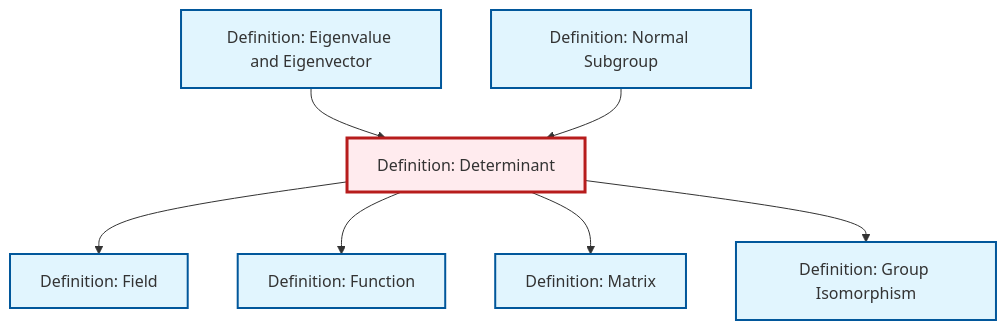
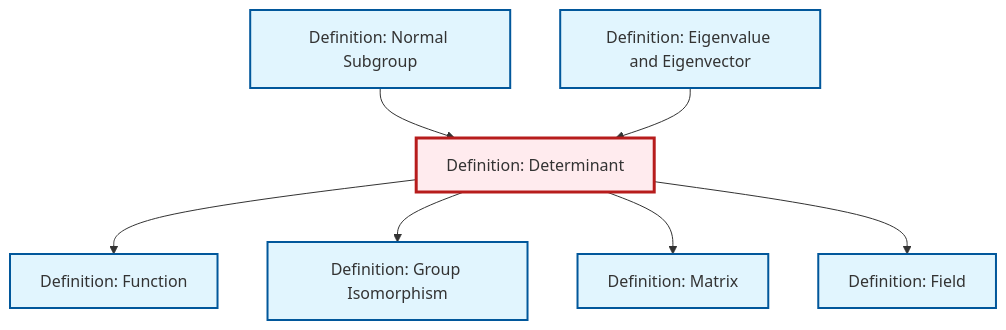
Before and after one commit to RK0429/ModernMath: the diagram in content/ja/algebra/def-determinant.qmd, drawn with Mermaid. The commit also changed other lines of this file and 654 other files, not shown here.

````diff
--- a/content/ja/algebra/def-determinant.qmd
+++ b/content/ja/algebra/def-determinant.qmd
@@ -82,29 +82,29 @@
 ```{mermaid}
 %%| fig-cap: "Local dependency graph"
 graph TD
     classDef definition fill:#e1f5fe,stroke:#01579b,stroke-width:2px
     classDef theorem fill:#f3e5f5,stroke:#4a148c,stroke-width:2px
     classDef axiom fill:#fff3e0,stroke:#e65100,stroke-width:2px
     classDef example fill:#e8f5e9,stroke:#1b5e20,stroke-width:2px
     classDef current fill:#ffebee,stroke:#b71c1c,stroke-width:3px
-    def-eigenvalue-eigenvector["Definition: Eigenvalue and Eigenvector"]:::definition
     def-isomorphism["Definition: Group Isomorphism"]:::definition
-    def-normal-subgroup["Definition: Normal Subgroup"]:::definition
-    def-function["Definition: Function"]:::definition
     def-field["Definition: Field"]:::definition
     def-determinant["Definition: Determinant"]:::definition
     def-matrix["Definition: Matrix"]:::definition
+    def-eigenvalue-eigenvector["Definition: Eigenvalue and Eigenvector"]:::definition
+    def-function["Definition: Function"]:::definition
+    def-normal-subgroup["Definition: Normal Subgroup"]:::definition
+    def-determinant --> def-function
+    def-normal-subgroup --> def-determinant
+    def-eigenvalue-eigenvector --> def-determinant
+    def-determinant --> def-isomorphism
+    def-determinant --> def-matrix
     def-determinant --> def-field
-    def-eigenvalue-eigenvector --> def-determinant
-    def-normal-subgroup --> def-determinant
-    def-determinant --> def-function
-    def-determinant --> def-matrix
-    def-determinant --> def-isomorphism
     class def-determinant current
-    click def-eigenvalue-eigenvector "def-eigenvalue-eigenvector.html" "Definition: Eigenvalue and Eigenvectorへ"
     click def-isomorphism "def-isomorphism.html" "Definition: Group Isomorphismへ"
-    click def-normal-subgroup "def-normal-subgroup.html" "Definition: Normal Subgroupへ"
-    click def-function "def-function.html" "Definition: Functionへ"
     click def-field "def-field.html" "Definition: Fieldへ"
     click def-matrix "def-matrix.html" "Definition: Matrixへ"
+    click def-eigenvalue-eigenvector "def-eigenvalue-eigenvector.html" "Definition: Eigenvalue and Eigenvectorへ"
+    click def-function "def-function.html" "Definition: Functionへ"
+    click def-normal-subgroup "def-normal-subgroup.html" "Definition: Normal Subgroupへ"
 ```
````
